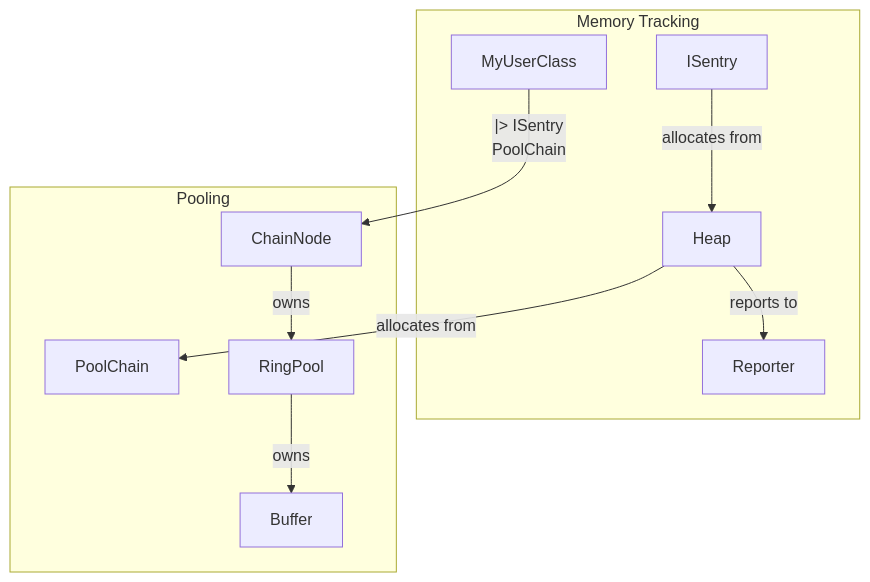
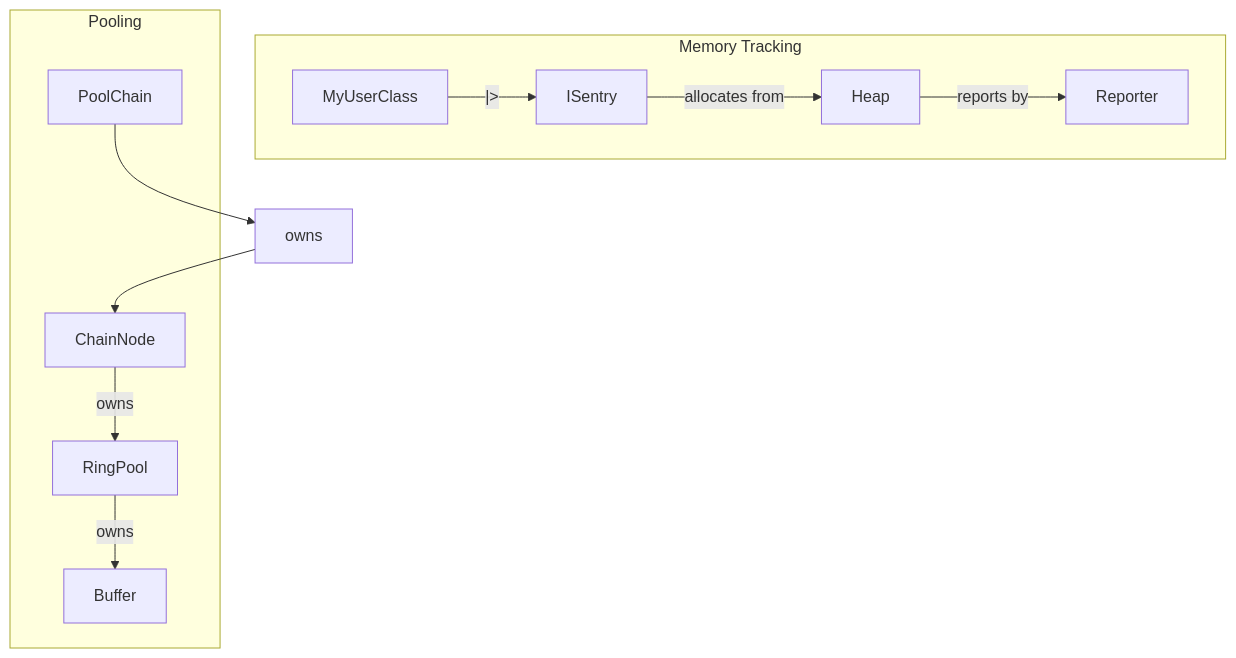
One commit to TheAmgadX/MemSentry- changed the diagram in docs/Architecture.md. Above: the diagram before and after it, drawn with Mermaid.

Commit message:
fix architecture diagram

````diff
--- a/docs/Architecture.md
+++ b/docs/Architecture.md
@@ -14,22 +14,21 @@
 ```mermaid
 graph TD
     subgraph Memory Tracking
         Heap
         ISentry
         Reporter
         MyUserClass
     end
     subgraph Pooling
         PoolChain
         ChainNode
         RingPool
         Buffer
     end
-    Heap -- allocates from --> PoolChain
     ISentry -- allocates from --> Heap
-    Heap -- reports to --> Reporter
-    MyUserClass --|> ISentry
-    PoolChain --> ChainNode
+    Heap -- reports by --> Reporter
+    MyUserClass --|> --> ISentry
+    PoolChain --> owns --> ChainNode
     ChainNode -- owns --> RingPool
     RingPool -- owns --> Buffer
 ```
````
